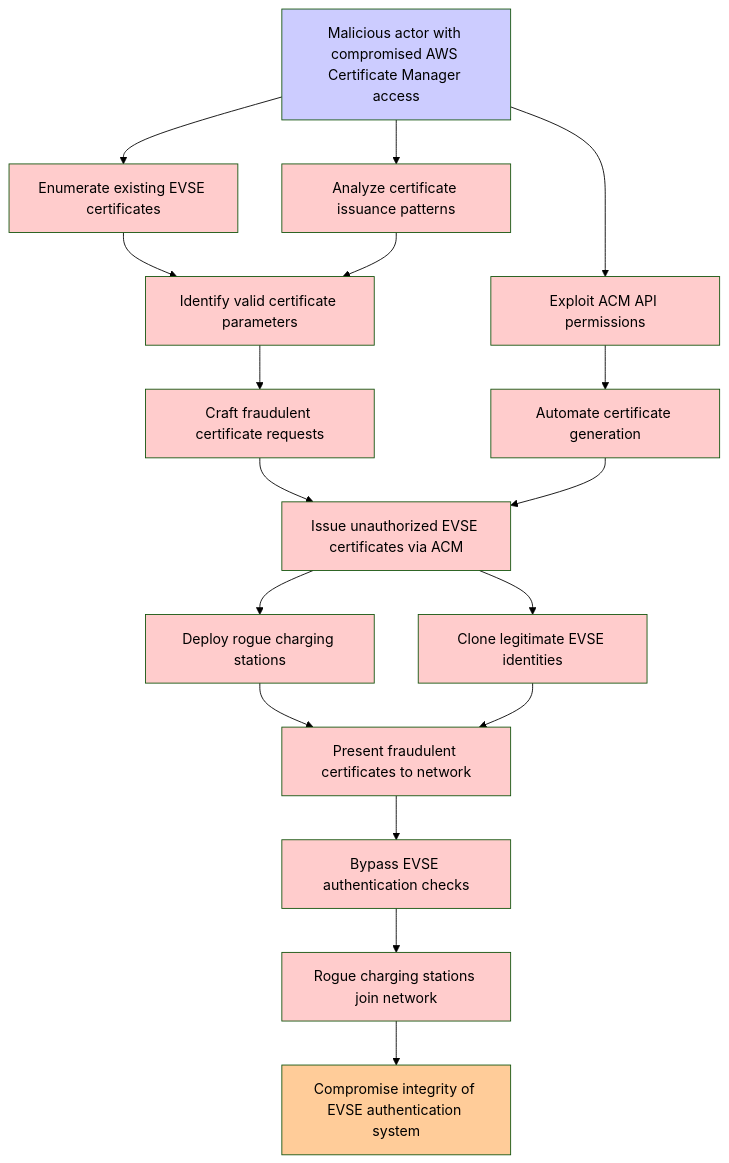
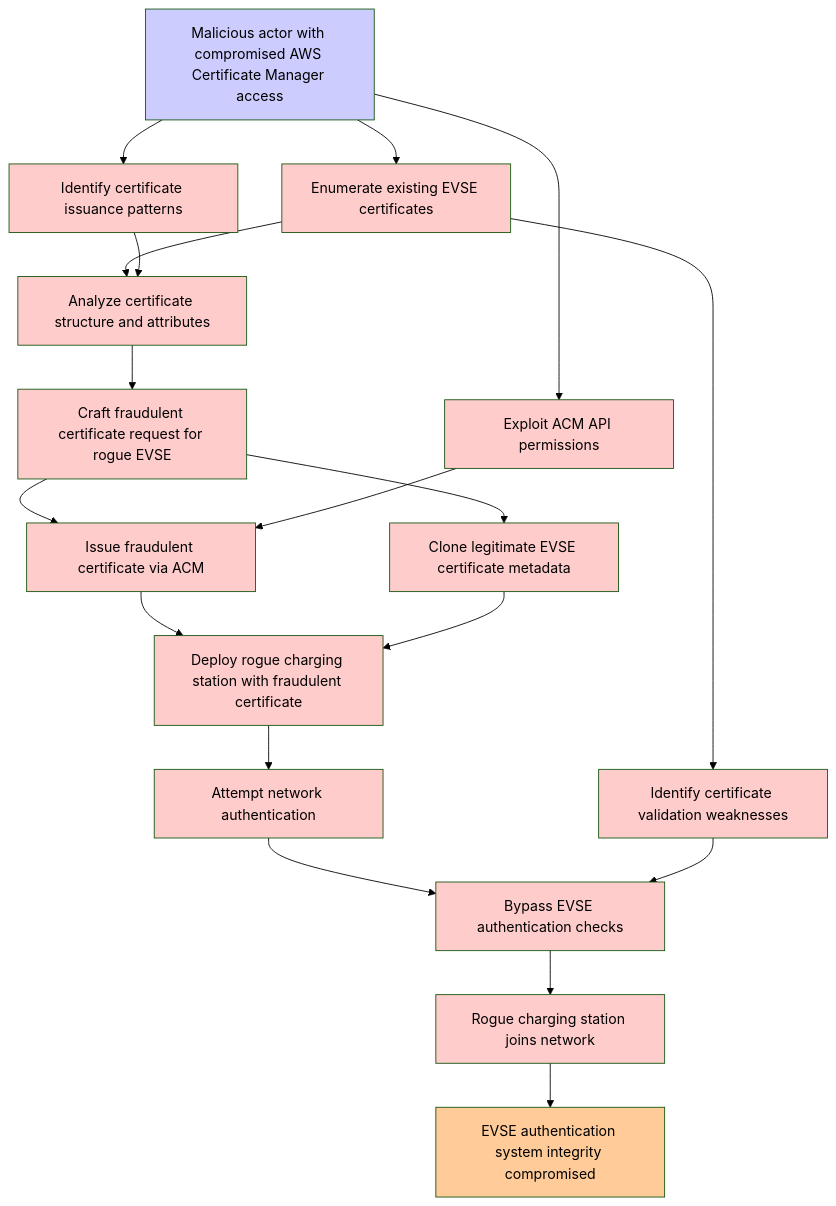
The diagram in threatforest-agentic-application/threatforest-strands/output/attack_tree_T004_certificate_management.md (aws-samples/sample-agentic-attack-tree-generator), drawn with Mermaid (forest theme) before and after one commit. The commit also changed 37 other files, not shown here.

````diff
--- a/threatforest-agentic-application/threatforest-strands/output/attack_tree_T004_certificate_management.md
+++ b/threatforest-agentic-application/threatforest-strands/output/attack_tree_T004_certificate_management.md
@@ -19,26 +19,27 @@
 ```mermaid
 graph TD
     A["Malicious actor with compromised AWS Certificate Manager access"] --> B["Enumerate existing EVSE certificates"]
-    A --> C["Analyze certificate issuance patterns"]
-    B --> D["Identify valid certificate parameters"]
+    A --> C["Identify certificate issuance patterns"]
+    B --> D["Analyze certificate structure and attributes"]
     C --> D
-    D --> E["Craft fraudulent certificate requests"]
-    E --> F["Issue unauthorized EVSE certificates via ACM"]
-    F --> G["Deploy rogue charging stations"]
-    F --> H["Clone legitimate EVSE identities"]
-    G --> I["Present fraudulent certificates to network"]
-    H --> I
+    D --> E["Craft fraudulent certificate request for rogue EVSE"]
+    E --> F["Issue fraudulent certificate via ACM"]
+    E --> G["Clone legitimate EVSE certificate metadata"]
+    F --> H["Deploy rogue charging station with fraudulent certificate"]
+    G --> H
+    H --> I["Attempt network authentication"]
     I --> J["Bypass EVSE authentication checks"]
-    J --> K["Rogue charging stations join network"]
-    K --> L["Compromise integrity of EVSE authentication system"]
+    J --> K["Rogue charging station joins network"]
+    K --> L["EVSE authentication system integrity compromised"]
     A --> M["Exploit ACM API permissions"]
-    M --> N["Automate certificate generation"]
-    N --> F
+    M --> F
+    B --> N["Identify certificate validation weaknesses"]
+    N --> J
     classDef attack fill:#ffcccc
     classDef goal fill:#ffcc99
     classDef fact fill:#ccccff
     class B,C,D,E,F,G,H,I,J,K,M,N attack
     class L goal
     class A fact
     classDef mitigation fill:#ccffcc
 ```
````
